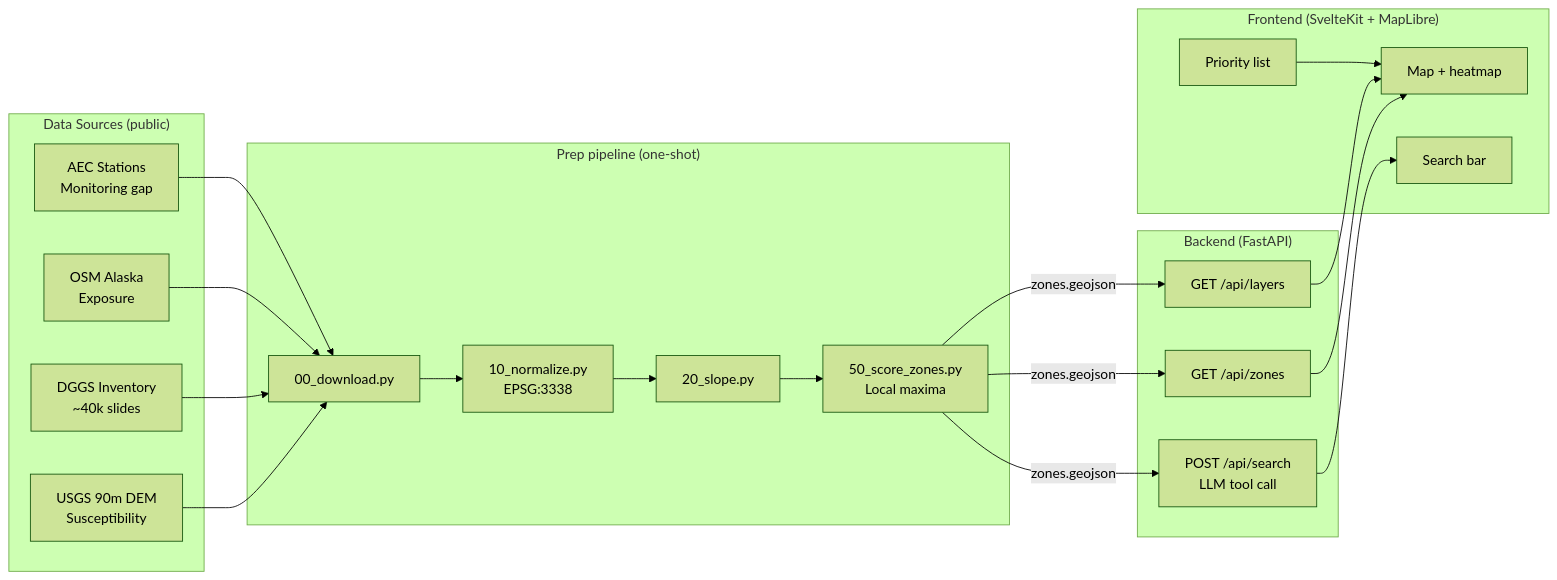
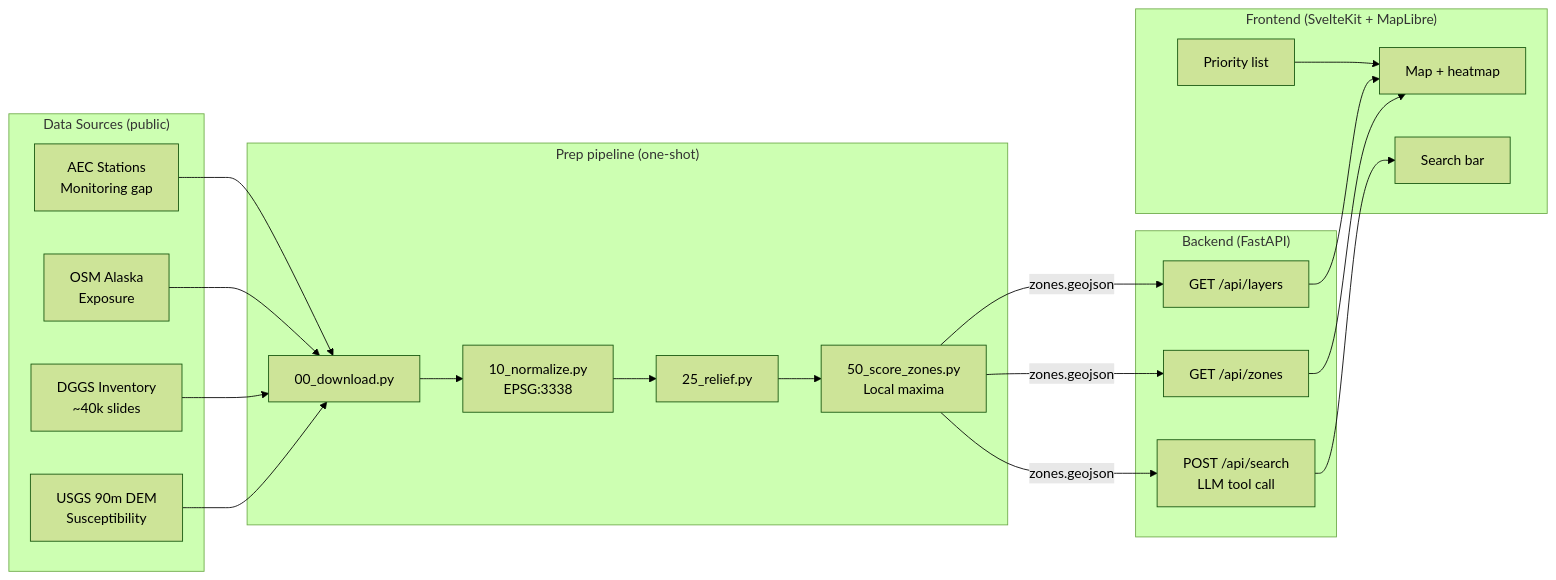
Before and after one commit to flupkede/scarp-app: the diagram in README.md, drawn with Mermaid (forest theme). The commit also changed other lines of this file and 2 other files, not shown here.

Commit message:
[worker] remove orphaned 20_slope.py — superseded by 25_relief.py + volume_proxy
20_slope.py produced steep_slopes_3338.geojson, which is no longer consumed
since load_slope_mask was replaced by the volume_proxy pipeline. Update the
README pipeline diagram and run instructions to reference 25_relief.py.

````diff
--- a/README.md
+++ b/README.md
@@ -81,35 +81,35 @@
 ```mermaid
 graph LR
     subgraph "Data Sources (public)"
         A["USGS 90m DEM<br>Susceptibility"]
         B["DGGS Inventory<br>~40k slides"]
         C["OSM Alaska<br>Exposure"]
         D["AEC Stations<br>Monitoring gap"]
     end
 
     subgraph "Prep pipeline (one-shot)"
         E["00_download.py"]
         F["10_normalize.py<br>EPSG:3338"]
-        G["20_slope.py"]
+        G["25_relief.py"]
         H["50_score_zones.py<br>Local maxima"]
     end
 
     subgraph "Backend (FastAPI)"
         I["GET /api/zones"]
         J["POST /api/search<br>LLM tool call"]
         K["GET /api/layers"]
     end
 
     subgraph "Frontend (SvelteKit + MapLibre)"
         L["Map + heatmap"]
         M["Priority list"]
         N["Search bar"]
     end
 
     A & B & C & D --> E --> F --> G --> H
     H --> |zones.geojson| I & J & K
     I --> L
     J --> N
     K --> L
     M --> L
 ```
````
